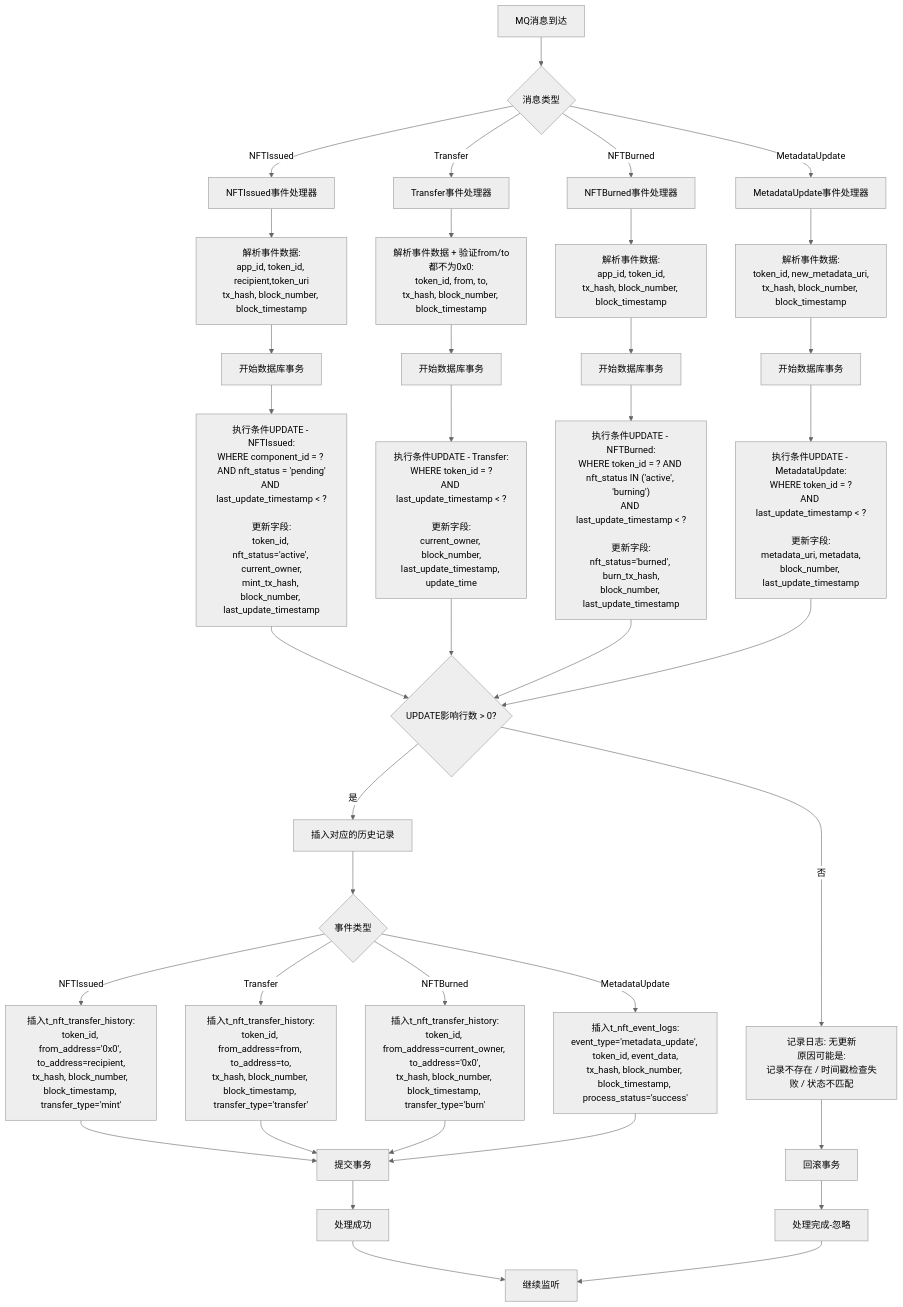
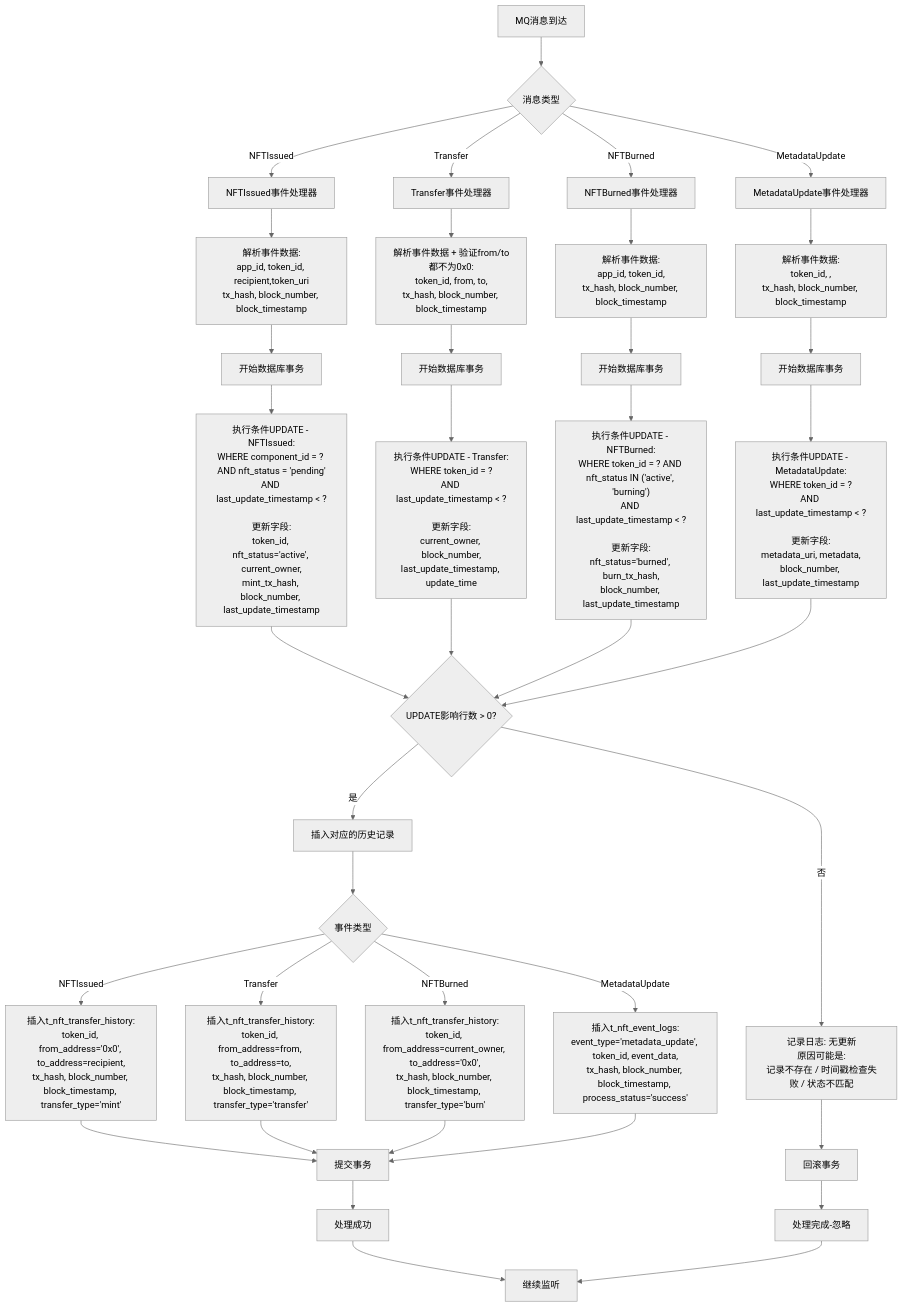
The diagram in all/未命名-71.md (yingjianzh/iodraw-files), drawn with Mermaid (neutral theme) before and after one commit.

Commit message:
2025-07-03 17:49:51 update

````diff
--- a/all/未命名-71.md
+++ b/all/未命名-71.md
@@ -1,59 +1,59 @@
 ```mermaid
 flowchart TD
     A[MQ消息到达] --> B{消息类型}
     
     %% 四种事件类型
     B -->|NFTIssued| C[NFTIssued事件处理器]
     B -->|Transfer| D[Transfer事件处理器]
     B -->|NFTBurned| E[NFTBurned事件处理器]
     B -->|MetadataUpdate| F[MetadataUpdate事件处理器]
     
     %% 解析事件数据
     C --> G["解析事件数据:<br/>app_id, token_id, recipient,token_uri<br/>tx_hash, block_number, block_timestamp"]
     D --> H["解析事件数据 + 验证from/to都不为0x0:<br/>token_id, from, to,<br/>tx_hash, block_number, block_timestamp"]
     E --> I["解析事件数据:<br/>app_id, token_id,<br/>tx_hash, block_number, block_timestamp"]
-    F --> J["解析事件数据:<br/>token_id, new_metadata_uri,<br/>tx_hash, block_number, block_timestamp"]
+    F --> J["解析事件数据:<br/>token_id, ,<br/>tx_hash, block_number, block_timestamp"]
     
     G --> K[开始数据库事务]
     H --> L[开始数据库事务]
     I --> M[开始数据库事务]
     J --> N[开始数据库事务]
     
     K --> O["执行条件UPDATE - NFTIssued:<br/>WHERE component_id = ? AND nft_status = 'pending'<br/>AND last_update_timestamp < ?<br/><br/>更新字段:<br/>token_id, nft_status='active', current_owner,<br/>mint_tx_hash, block_number, last_update_timestamp"]
     
     L --> P["执行条件UPDATE - Transfer:<br/>WHERE token_id = ?<br/>AND last_update_timestamp < ?<br/><br/>更新字段:<br/>current_owner, block_number,<br/>last_update_timestamp, update_time"]
     
     M --> Q["执行条件UPDATE - NFTBurned:<br/>WHERE token_id = ? AND nft_status IN ('active', 'burning')<br/>AND last_update_timestamp < ?<br/><br/>更新字段:<br/>nft_status='burned', burn_tx_hash,<br/>block_number, last_update_timestamp"]
     
     N --> R["执行条件UPDATE - MetadataUpdate:<br/>WHERE token_id = ?<br/>AND last_update_timestamp < ?<br/><br/>更新字段:<br/>metadata_uri, metadata,<br/>block_number, last_update_timestamp"]
     
     O --> S{UPDATE影响行数 > 0?}
     P --> S
     Q --> S
     R --> S
     
     S -->|否| T["记录日志: 无更新<br/>原因可能是:<br/>记录不存在 / 时间戳检查失败 / 状态不匹配"]
     S -->|是| U[插入对应的历史记录]
     
     U --> U1{事件类型}
     U1 -->|NFTIssued| U2["插入t_nft_transfer_history:<br/>token_id, from_address='0x0', to_address=recipient,<br/>tx_hash, block_number, block_timestamp, transfer_type='mint'"]
     
     U1 -->|Transfer| U3["插入t_nft_transfer_history:<br/>token_id, from_address=from, to_address=to,<br/>tx_hash, block_number, block_timestamp, transfer_type='transfer'"]
     
     U1 -->|NFTBurned| U4["插入t_nft_transfer_history:<br/>token_id, from_address=current_owner, to_address='0x0',<br/>tx_hash, block_number, block_timestamp, transfer_type='burn'"]
     
     U1 -->|MetadataUpdate| U5["插入t_nft_event_logs:<br/>event_type='metadata_update', token_id, event_data,<br/>tx_hash, block_number, block_timestamp, process_status='success'"]
     
     U2 --> V[提交事务]
     U3 --> V
     U4 --> V
     U5 --> V
     
     T --> W[回滚事务]
     
     V --> X[处理成功]
     W --> Y[处理完成-忽略]
     
     X --> Z[继续监听]
     Y --> Z
 ```
````
